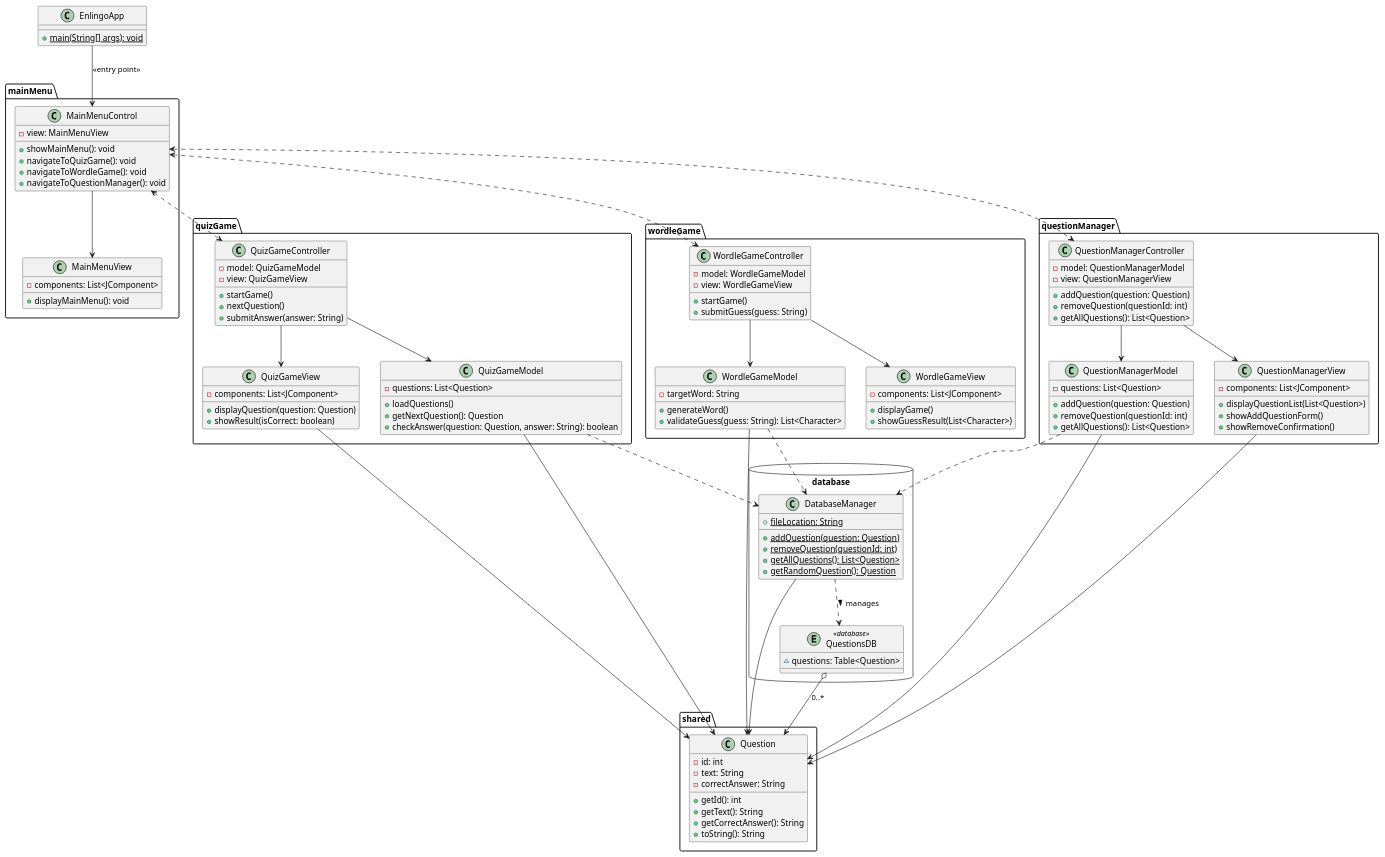
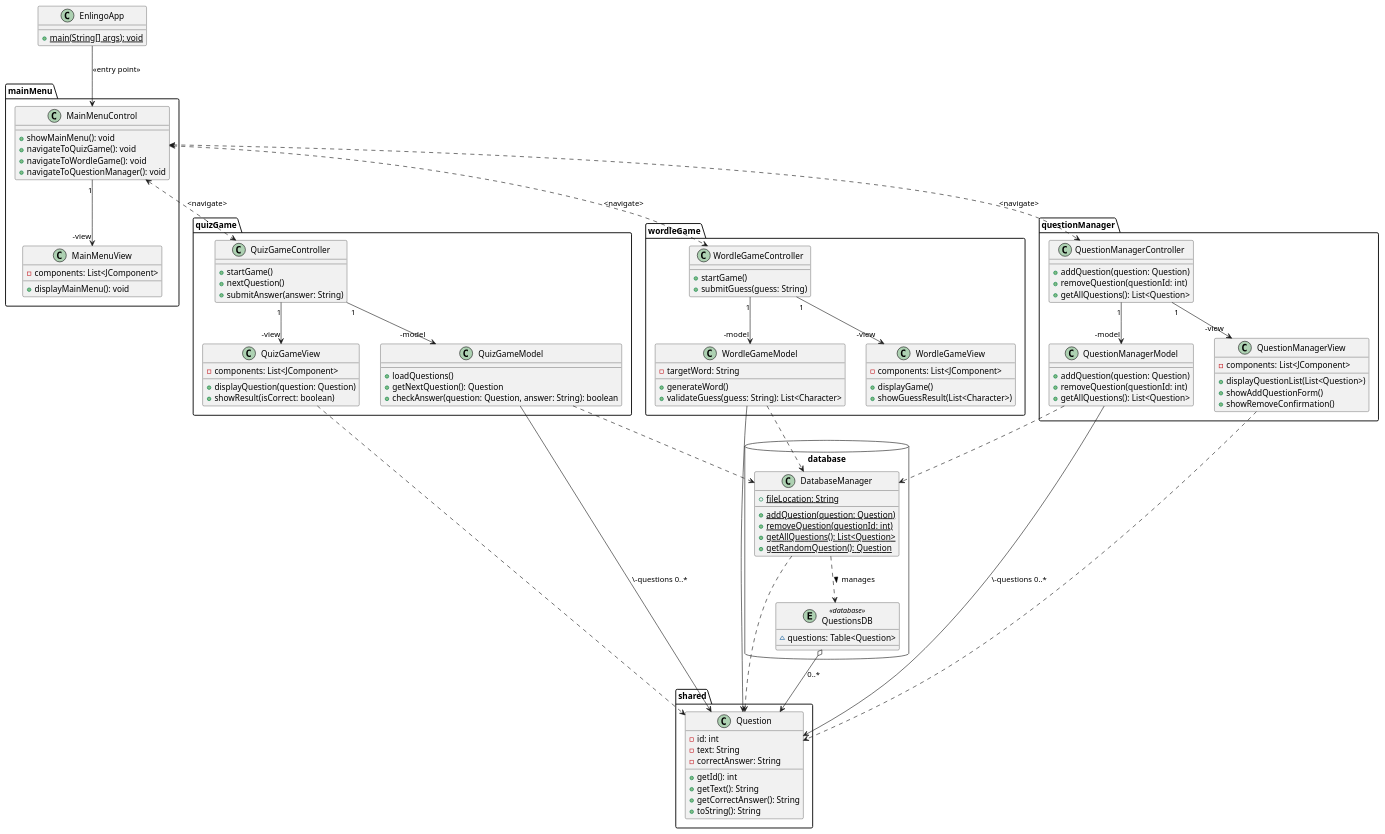
Before and after one commit to MatthiasCo/Enlingo-ITP-Project: the diagram in UML.puml, drawn with PlantUML. The commit also changed 1 other file, not shown here.

Commit message:
Feat: UML updated

```diff
--- a/UML.puml
+++ b/UML.puml
@@ -1,145 +1,137 @@
 @startuml
 class EnlingoApp {
     +{static}main(String[] args): void
 }
 
 package mainMenu {
 class MainMenuControl {
-    -view: MainMenuView
     +showMainMenu(): void
     +navigateToQuizGame(): void
     +navigateToWordleGame(): void
     +navigateToQuestionManager(): void
 }
 
 class MainMenuView {
     -components: List<JComponent>
     +displayMainMenu(): void
 }
 }
 
 
 package quizGame {
 class QuizGameModel {
-    -questions: List<Question>
     +loadQuestions()
     +getNextQuestion(): Question
     +checkAnswer(question: Question, answer: String): boolean
 }
 
 class QuizGameView {
     -components: List<JComponent>
     +displayQuestion(question: Question)
     +showResult(isCorrect: boolean)
 }
 
 class QuizGameController {
-    - model: QuizGameModel
-    - view: QuizGameView
+
     +startGame()
     +nextQuestion()
     +submitAnswer(answer: String)
 }
 }
 
 package wordleGame {
 class WordleGameModel {
     -targetWord: String
     +generateWord()
     +validateGuess(guess: String): List<Character>
 }
 
 class WordleGameView {
     -components: List<JComponent>
     +displayGame()
     +showGuessResult(List<Character>)
 }
 
 class WordleGameController {
-    - model: WordleGameModel
-    - view: WordleGameView
     +startGame()
     +submitGuess(guess: String)
 }
 }
 
 package questionManager {
 class QuestionManagerController {
-    - model: QuestionManagerModel
-    - view: QuestionManagerView
     +addQuestion(question: Question)
     +removeQuestion(questionId: int)
     +getAllQuestions(): List<Question>
 }
 
 class QuestionManagerView {
     -components: List<JComponent>
     +displayQuestionList(List<Question>)
     +showAddQuestionForm()
     +showRemoveConfirmation()
 }
 
 class QuestionManagerModel {
-    -questions: List<Question>
     +addQuestion(question: Question)
     +removeQuestion(questionId: int)
     +getAllQuestions(): List<Question>
 }
 }
 
 package database <<Database>> {
 class DatabaseManager {
     +{static}fileLocation: String
     +{static}addQuestion(question: Question)
     +{static}removeQuestion(questionId: int)
     +{static}getAllQuestions(): List<Question>
     +{static}getRandomQuestion(): Question
 }
 
 entity QuestionsDB <<database>>  {
     ~questions: Table<Question>
 }
 }
 
 package shared {
 class Question {
     -id: int
     -text: String
     -correctAnswer: String
     +getId(): int
     +getText(): String
     +getCorrectAnswer(): String
     +toString(): String
 }
 }
 
 EnlingoApp --> MainMenuControl: <<entry point>>
-MainMenuControl --> MainMenuView
-MainMenuControl <..> QuizGameController
-MainMenuControl <..> WordleGameController
-MainMenuControl <..> QuestionManagerController
+MainMenuControl "1" --> "-view" MainMenuView
+MainMenuControl <..> QuizGameController : <navigate>
+MainMenuControl <..> WordleGameController : <navigate>
+MainMenuControl <..> QuestionManagerController : <navigate>
 
-QuizGameController --> QuizGameView
-QuizGameController --> QuizGameModel
+QuizGameController "1" --> "-view" QuizGameView
+QuizGameController "1" --> "-model" QuizGameModel
 QuizGameModel ..> DatabaseManager
-QuizGameView --> Question
-QuizGameModel --> Question
+QuizGameView ..> Question
+QuizGameModel --> Question : \-questions 0..*
 
-WordleGameController --> WordleGameView
-WordleGameController --> WordleGameModel
+WordleGameController "1" --> "-view" WordleGameView
+WordleGameController "1" --> "-model" WordleGameModel
 WordleGameModel ..> DatabaseManager
 WordleGameModel --> Question
 
-QuestionManagerController --> QuestionManagerView
-QuestionManagerController --> QuestionManagerModel
+QuestionManagerController "1" --> "-view" QuestionManagerView
+QuestionManagerController "1" --> "-model" QuestionManagerModel
 QuestionManagerModel ..> DatabaseManager
-QuestionManagerView --> Question
-QuestionManagerModel --> Question
+QuestionManagerView ..> Question
+QuestionManagerModel --> Question: \-questions 0..*
 
-DatabaseManager --> Question
+DatabaseManager ..> Question
 DatabaseManager ..> QuestionsDB : manages >
 QuestionsDB o--> Question : 0..*
 
 
 
 @enduml
```
